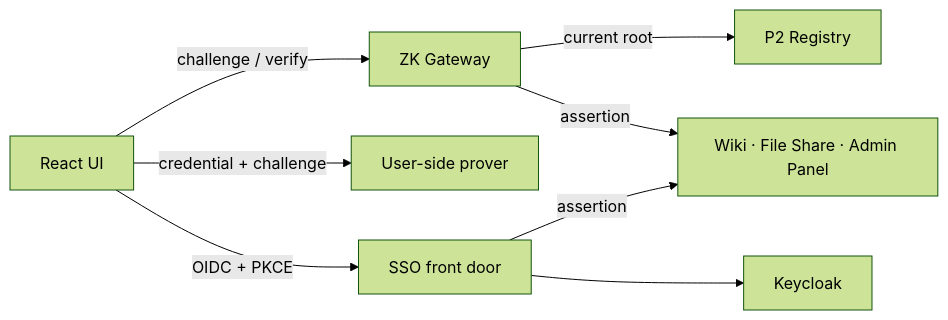
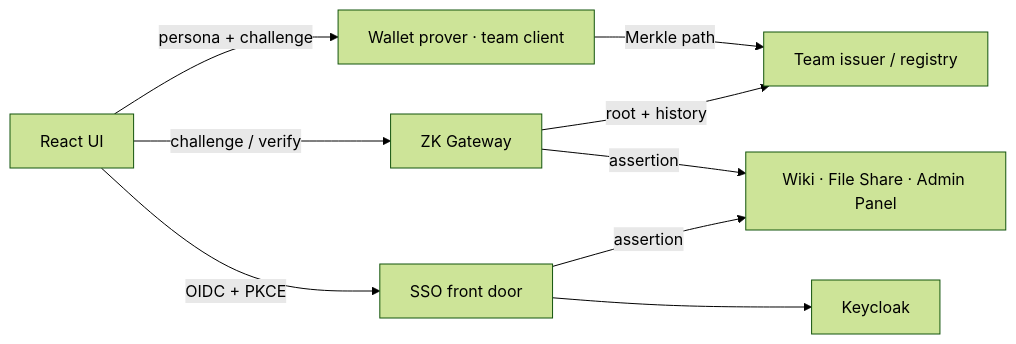
One commit to asanovdiana/MACS902_ZKP changed the diagram in p3/README.md. Above: the diagram before and after it, drawn with Mermaid (forest theme). The commit also changed other lines of this file and 67 other files, not shown here.

First line of the commit message:
P3: integrate the team v4 circuit, issuer and client

````diff
--- a/p3/README.md
+++ b/p3/README.md
@@ -9,9 +13,10 @@
 ```mermaid
 flowchart LR
   UI[React UI] -->|challenge / verify| GW[ZK Gateway]
-  UI -->|credential + challenge| PR[User-side prover]
-  GW -->|current root| REG[P2 Registry]
+  UI -->|persona + challenge| PR[Wallet prover · team client]
+  PR -->|Merkle path| ISS[Team issuer / registry]
+  GW -->|root + history| ISS
   GW -->|assertion| SVC[Wiki · File Share · Admin Panel]
   UI -->|OIDC + PKCE| SSO[SSO front door] --> KC[Keycloak]
   SSO -->|assertion| SVC
 ```
````
